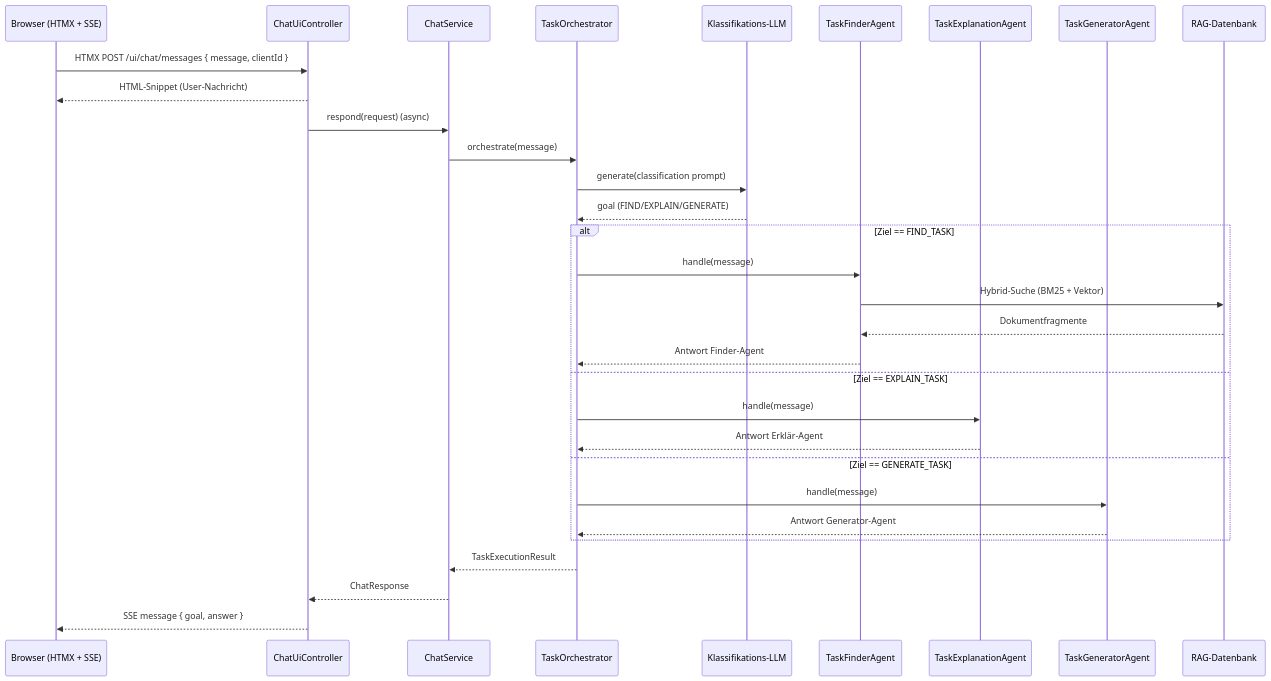
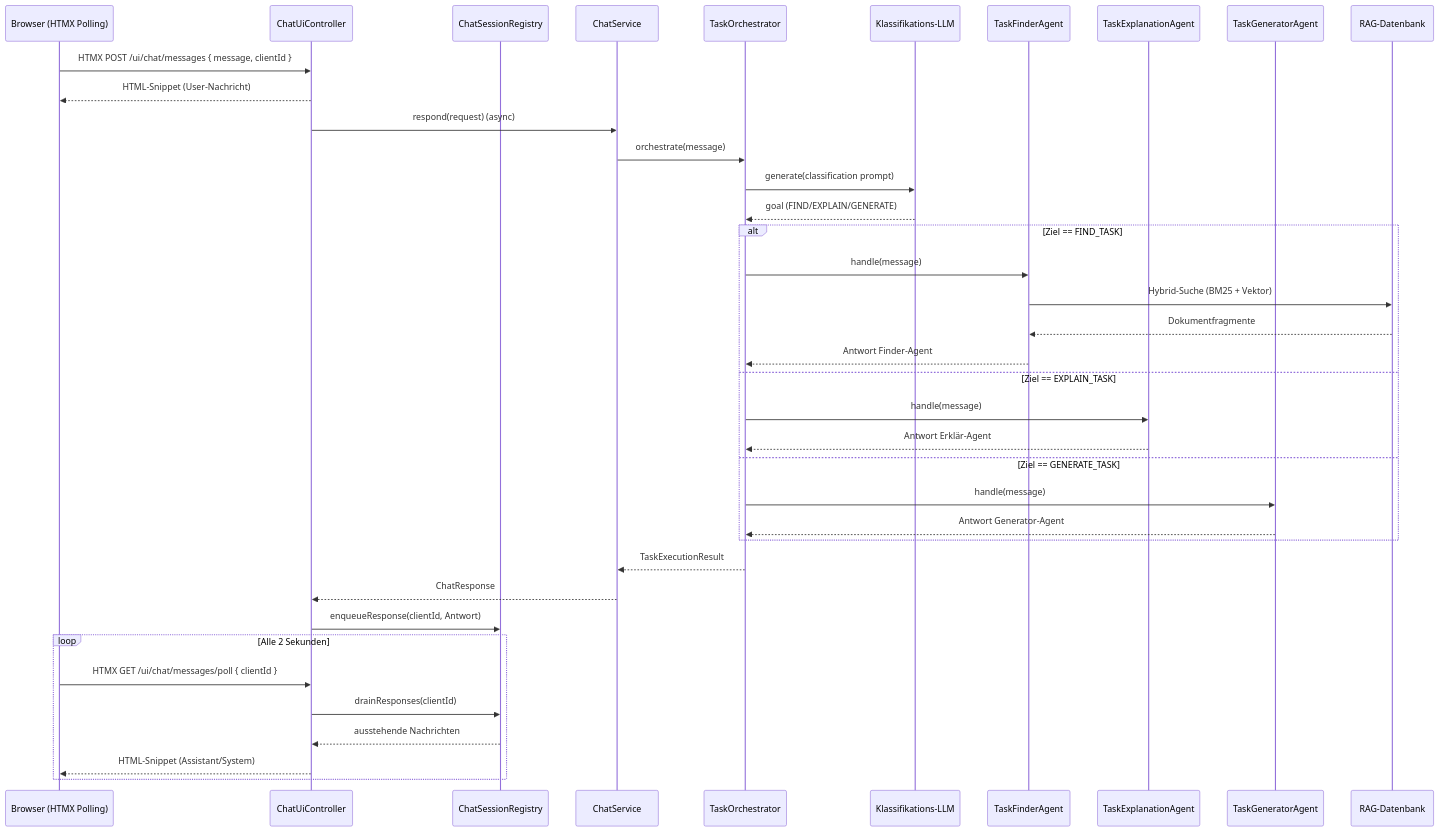
Before and after one commit to edigonzales/gretl-agent: the diagram in README.md, drawn with Mermaid. The commit also changed other lines of this file and 6 other files, not shown here.

Commit message:
Refactor chat UI to MVC polling

````diff
--- a/README.md
+++ b/README.md
@@ -7,34 +7,41 @@
 ```mermaid
 sequenceDiagram
-    participant Browser as Browser (HTMX + SSE)
+    participant Browser as Browser (HTMX Polling)
     participant UiController as ChatUiController
+    participant Session as ChatSessionRegistry
     participant Service as ChatService
     participant Orchestrator as TaskOrchestrator
     participant Classifier as Klassifikations-LLM
     participant Finder as TaskFinderAgent
     participant Explainer as TaskExplanationAgent
     participant Generator as TaskGeneratorAgent
     participant RagStore as RAG-Datenbank
 
     Browser->>UiController: HTMX POST /ui/chat/messages { message, clientId }
     UiController-->>Browser: HTML-Snippet (User-Nachricht)
     UiController->>Service: respond(request) (async)
     Service->>Orchestrator: orchestrate(message)
     Orchestrator->>Classifier: generate(classification prompt)
     Classifier-->>Orchestrator: goal (FIND/EXPLAIN/GENERATE)
     alt Ziel == FIND_TASK
         Orchestrator->>Finder: handle(message)
         Finder->>RagStore: Hybrid-Suche (BM25 + Vektor)
         RagStore-->>Finder: Dokumentfragmente
         Finder-->>Orchestrator: Antwort Finder-Agent
     else Ziel == EXPLAIN_TASK
         Orchestrator->>Explainer: handle(message)
         Explainer-->>Orchestrator: Antwort Erklär-Agent
     else Ziel == GENERATE_TASK
         Orchestrator->>Generator: handle(message)
         Generator-->>Orchestrator: Antwort Generator-Agent
     end
     Orchestrator-->>Service: TaskExecutionResult
     Service-->>UiController: ChatResponse
-    UiController-->>Browser: SSE message { goal, answer }
+    UiController->>Session: enqueueResponse(clientId, Antwort)
+    loop Alle 2 Sekunden
+        Browser->>UiController: HTMX GET /ui/chat/messages/poll { clientId }
+        UiController->>Session: drainResponses(clientId)
+        Session-->>UiController: ausstehende Nachrichten
+        UiController-->>Browser: HTML-Snippet (Assistant/System)
+    end
 ```
````
